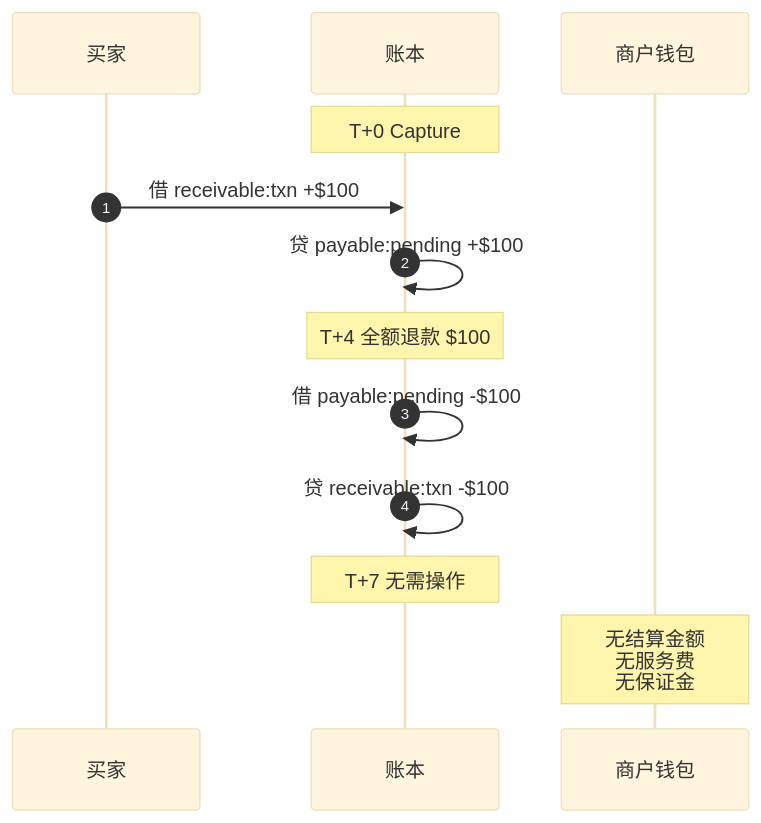
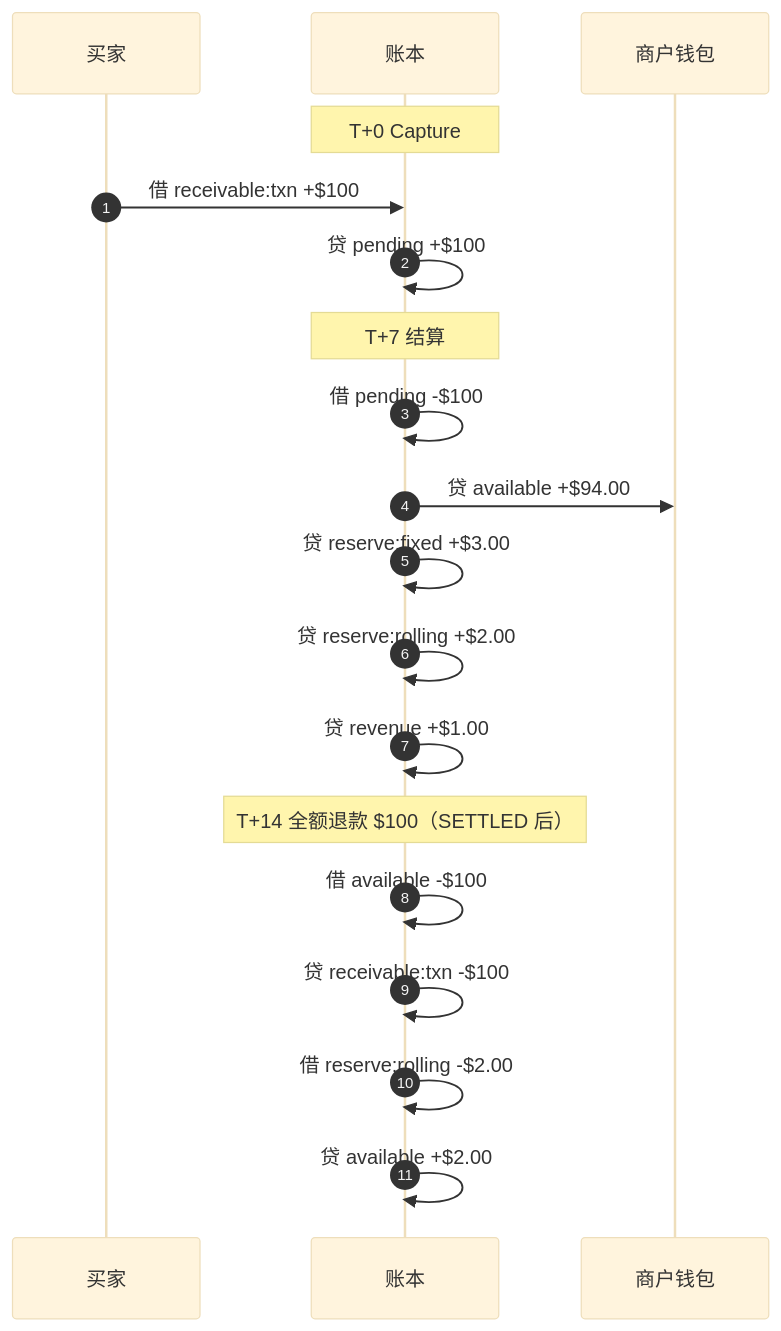
Before and after one commit to 1aboveio/wallet-architecture: the third of 3 diagrams in docs/acquiring-settlement-clearing.md, drawn with Mermaid (base theme). The commit also changed other lines of this file and 6 other files, not shown here.

````diff
--- a/docs/acquiring-settlement-clearing.md
+++ b/docs/acquiring-settlement-clearing.md
@@ -170,18 +180,24 @@
 ```mermaid
 sequenceDiagram
     autonumber
     participant C as 买家
     participant T as 账本
     participant M as 商户钱包
 
     Note over T: T+0 Capture
     C->>T: 借 receivable:txn +$100
-    T->>T: 贷 payable:pending +$100
+    T->>T: 贷 pending +$100
 
-    Note over T: T+4 全额退款 $100
-    T->>T: 借 payable:pending -$100
+    Note over T: T+7 结算
+    T->>T: 借 pending -$100
+    T->>M: 贷 available +$94.00
+    T->>T: 贷 reserve:fixed +$3.00
+    T->>T: 贷 reserve:rolling +$2.00
+    T->>T: 贷 revenue +$1.00
+
+    Note over T: T+14 全额退款 $100（SETTLED 后）
+    T->>T: 借 available -$100
     T->>T: 贷 receivable:txn -$100
-
-    Note over T: T+7 无需操作
-    Note over M: 无结算金额<br>无服务费<br>无保证金
+    T->>T: 借 reserve:rolling -$2.00
+    T->>T: 贷 available +$2.00
 ```
````
